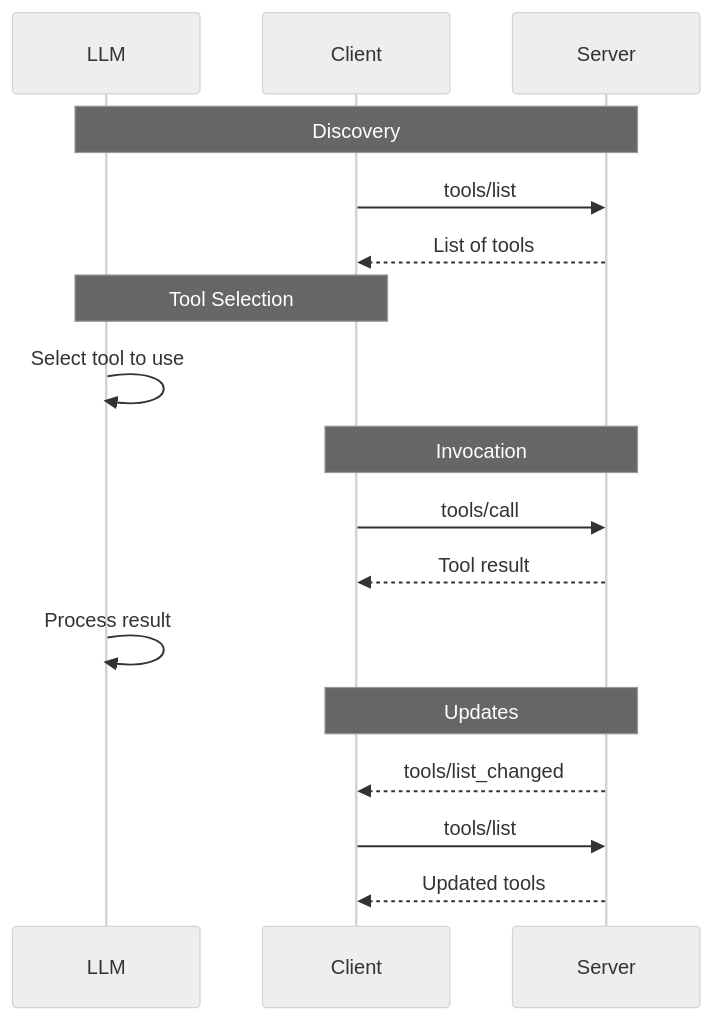
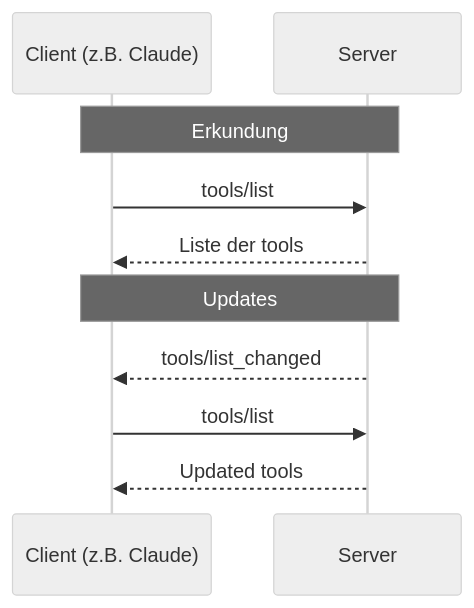
One commit to FlowTheTensor/SQLite-mit-MCP changed the first of 4 diagrams in README.md. Above: the diagram before and after it, drawn with Mermaid (neutral theme). The commit also changed other lines of this file, not shown here.

````diff
--- a/README.md
+++ b/README.md
@@ -20,23 +21,16 @@
 ```mermaid
 sequenceDiagram
-    participant LLM as LLM
-    participant Client as Client
+    
+    participant Client as Client (z.B. Claude)
     participant Server as Server
     
-    Note over LLM,Server: Discovery
+    Note over Client,Server: Erkundung
     Client->>Server: tools/list
-    Server-->>Client: List of tools
-    
-    Note over LLM,Client: Tool Selection
-    LLM->>LLM: Select tool to use
-    
-    Note over Client,Server: Invocation
-    Client->>Server: tools/call
-    Server-->>Client: Tool result
-    LLM->>LLM: Process result
+    Server-->>Client: Liste der tools
+   
     
     Note over Client,Server: Updates
     Server-->>Client: tools/list_changed
     Client->>Server: tools/list
     Server-->>Client: Updated tools
 ```
````
